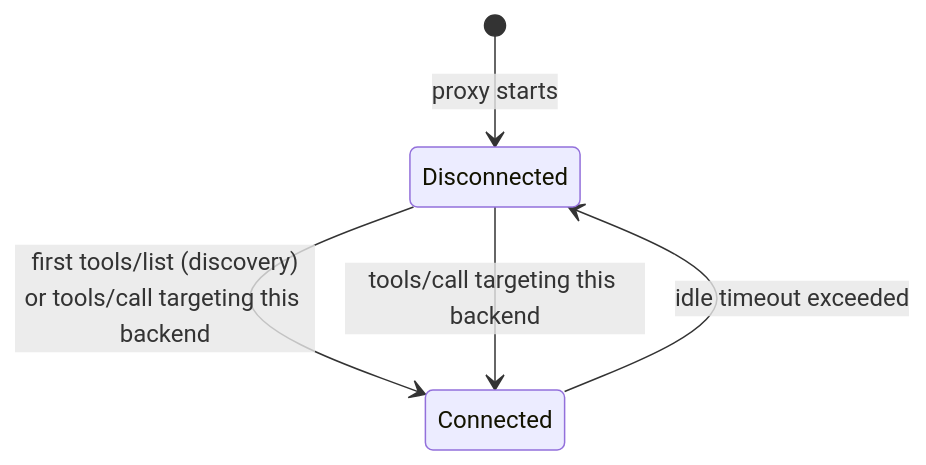
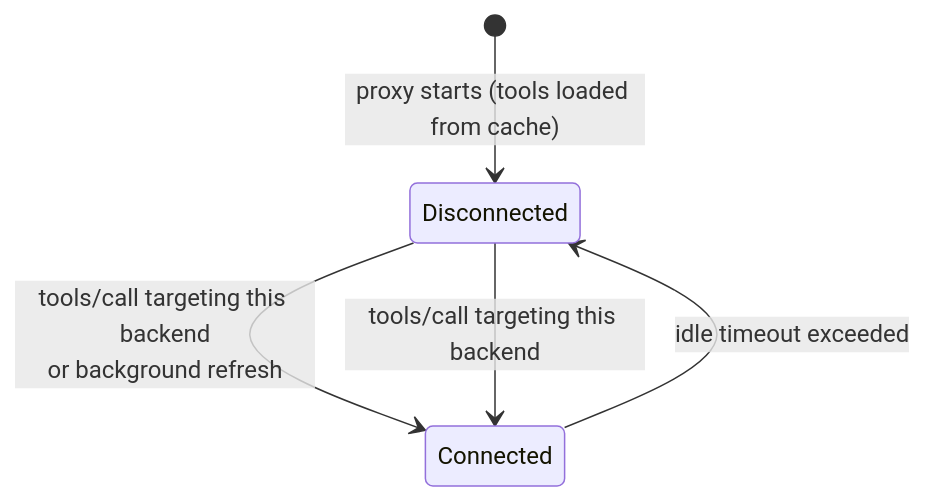
The fourth of 4 diagrams in docs/guides/proxy-mode.md (avelino/mcp), drawn with Mermaid before and after one commit. The commit also changed other lines of this file and 3 other files, not shown here.

````diff
--- a/docs/guides/proxy-mode.md
+++ b/docs/guides/proxy-mode.md
@@ -292,7 +310,7 @@
 ```mermaid
 stateDiagram-v2
-    [*] --> Disconnected: proxy starts
-    Disconnected --> Connected: first tools/list (discovery)<br/>or tools/call targeting this backend
+    [*] --> Disconnected: proxy starts (tools loaded from cache)
+    Disconnected --> Connected: tools/call targeting this backend<br/>or background refresh
     Connected --> Disconnected: idle timeout exceeded
     Disconnected --> Connected: tools/call targeting this backend
 ```
````
